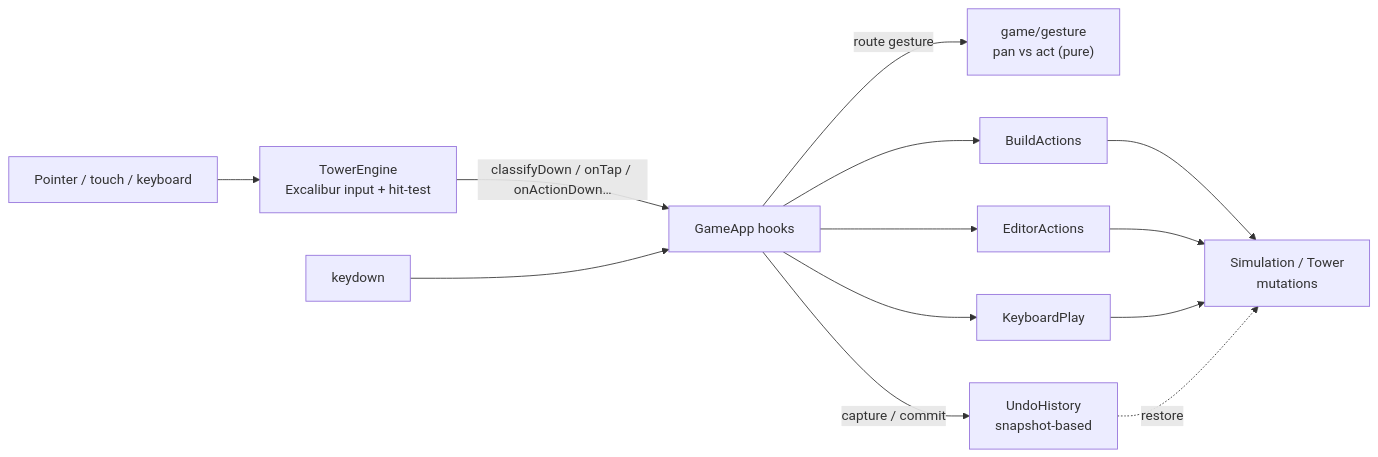
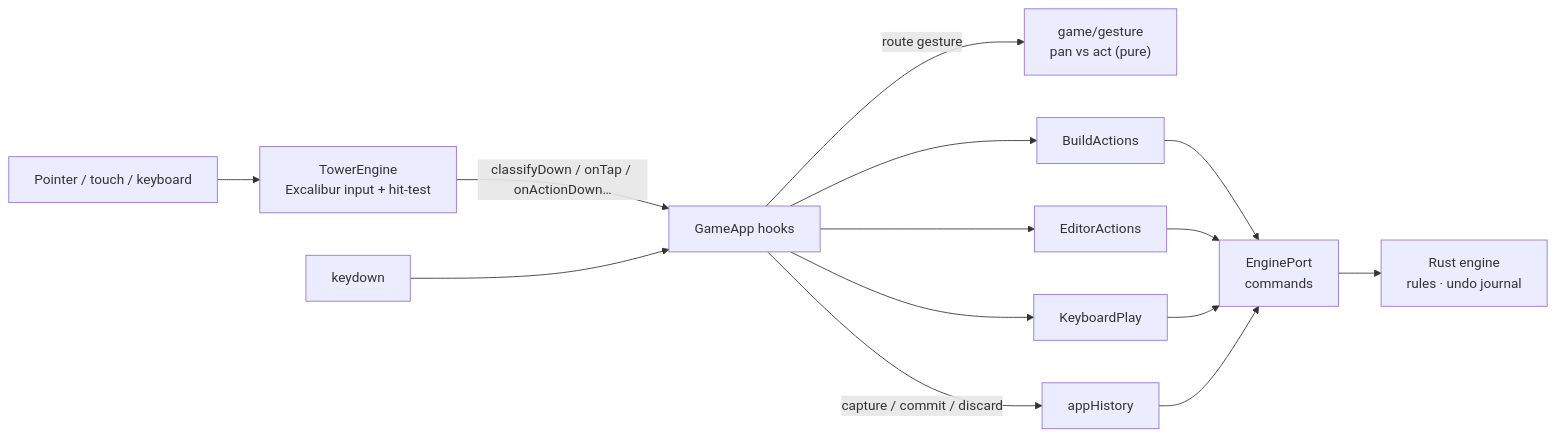
One commit to maniator/verticopolis changed the fifth of 7 diagrams in ARCHITECTURE.md. Above: the diagram before and after it, drawn with Mermaid. The commit also changed other lines of this file and 3 other files, not shown here.

First line of the commit message:
Refresh the root README for the Rust-only engine (#1914)

````diff
--- a/ARCHITECTURE.md
+++ b/ARCHITECTURE.md
@@ -185,15 +238,16 @@
 ```mermaid
 flowchart LR
     Input["Pointer / touch / keyboard"] --> TE["TowerEngine<br/>Excalibur input + hit-test"]
     TE -->|classifyDown / onTap / onActionDown…| GA["GameApp hooks"]
     Keys["keydown"] --> GA
     GA -->|route gesture| Gesture["game/gesture<br/>pan vs act (pure)"]
     GA --> Build["BuildActions"]
     GA --> Editor["EditorActions"]
     GA --> KB["KeyboardPlay"]
-    Build --> Sim["Simulation / Tower<br/>mutations"]
-    Editor --> Sim
-    KB --> Sim
-    GA -->|capture / commit| Undo["UndoHistory<br/>snapshot-based"]
-    Undo -. restore .-> Sim
+    Build --> Port["EnginePort<br/>commands"]
+    Editor --> Port
+    KB --> Port
+    GA -->|capture / commit / discard| Hist["appHistory"]
+    Hist --> Port
+    Port --> Sim["Rust engine<br/>rules · undo journal"]
 ```
````
